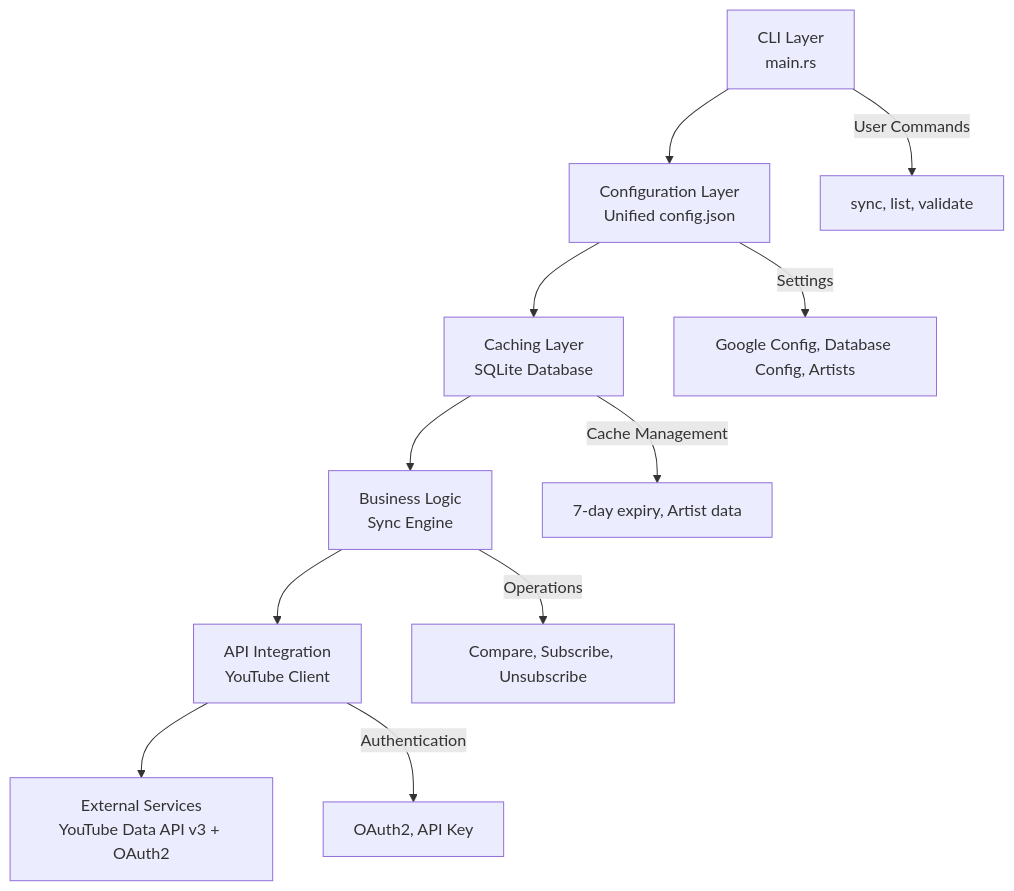
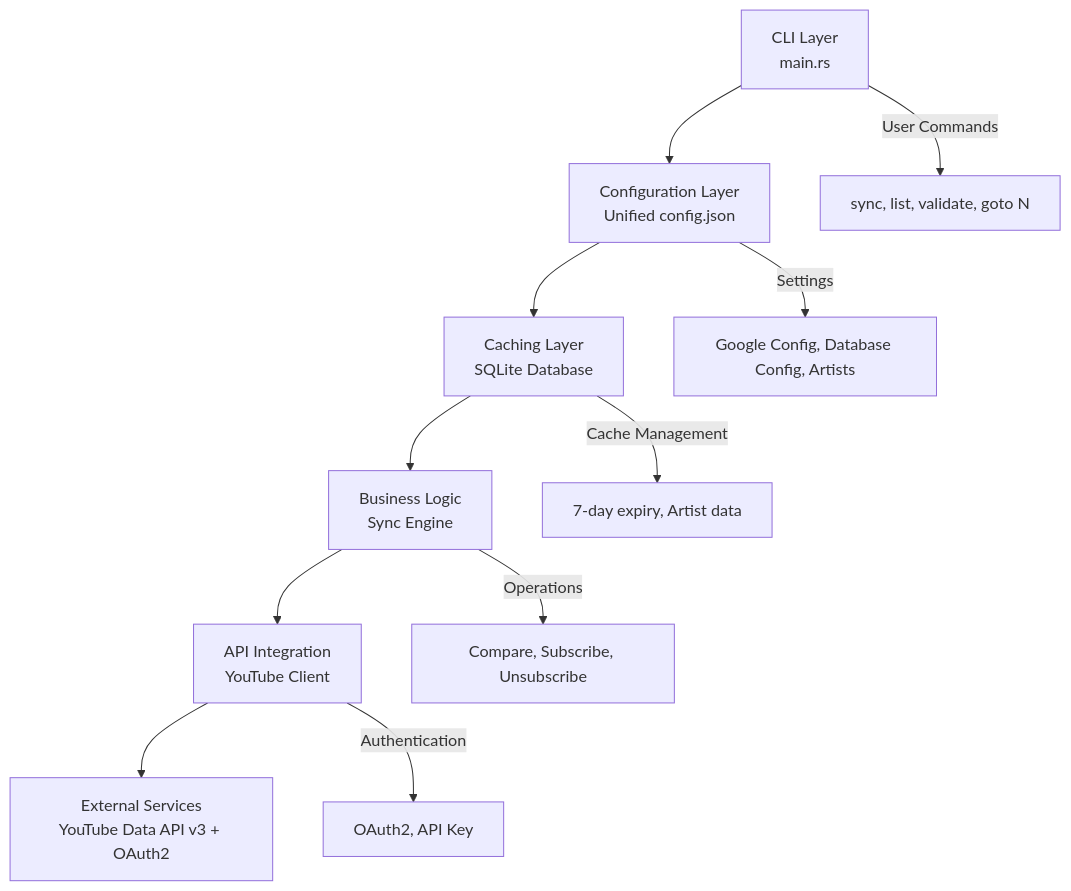
The first of 6 diagrams in docs/ARCHITECTURE.md (cschladetsch/YoutubeMusicSubscriber), drawn with Mermaid before and after one commit. The commit also changed other lines of this file and 2 other files, not shown here.

````diff
--- a/docs/ARCHITECTURE.md
+++ b/docs/ARCHITECTURE.md
@@ -9,14 +9,14 @@
 ```mermaid
 graph TD
     A[CLI Layer<br/>main.rs] --> B[Configuration Layer<br/>Unified config.json]
     B --> C[Caching Layer<br/>SQLite Database]
     C --> D[Business Logic<br/>Sync Engine]
     D --> E[API Integration<br/>YouTube Client]
     E --> F[External Services<br/>YouTube Data API v3 + OAuth2]
     
-    A --> |User Commands| G[sync, list, validate]
+    A --> |User Commands| G[sync, list, validate, goto N]
     B --> |Settings| H[Google Config, Database Config, Artists]
     C --> |Cache Management| I[7-day expiry, Artist data]
     D --> |Operations| J[Compare, Subscribe, Unsubscribe]
     E --> |Authentication| K[OAuth2, API Key]
 ```
````
